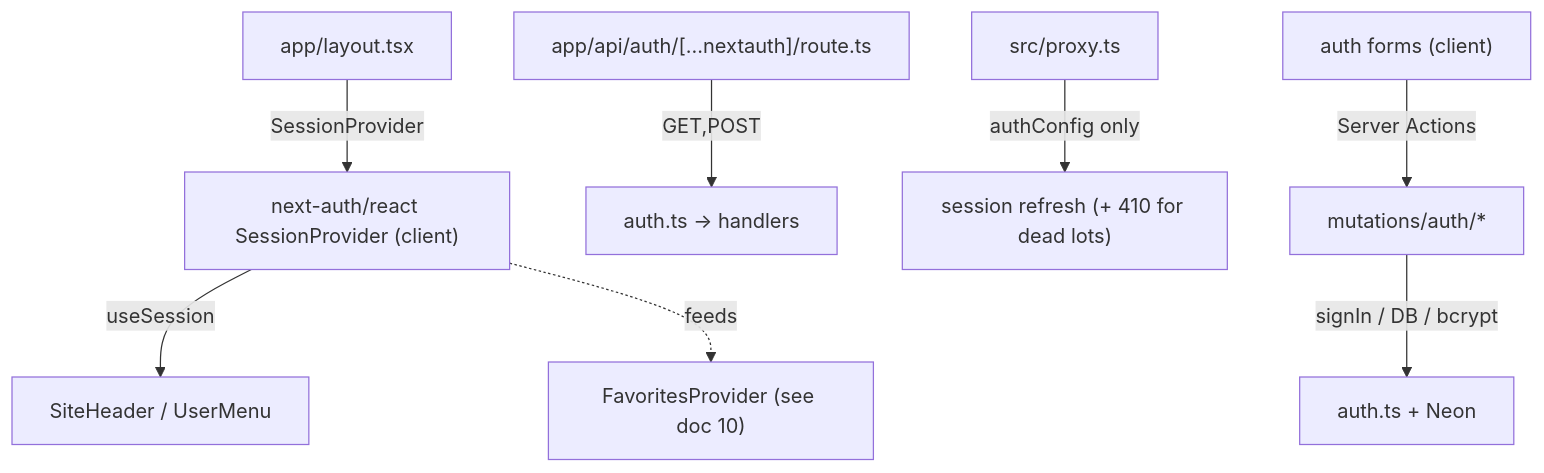
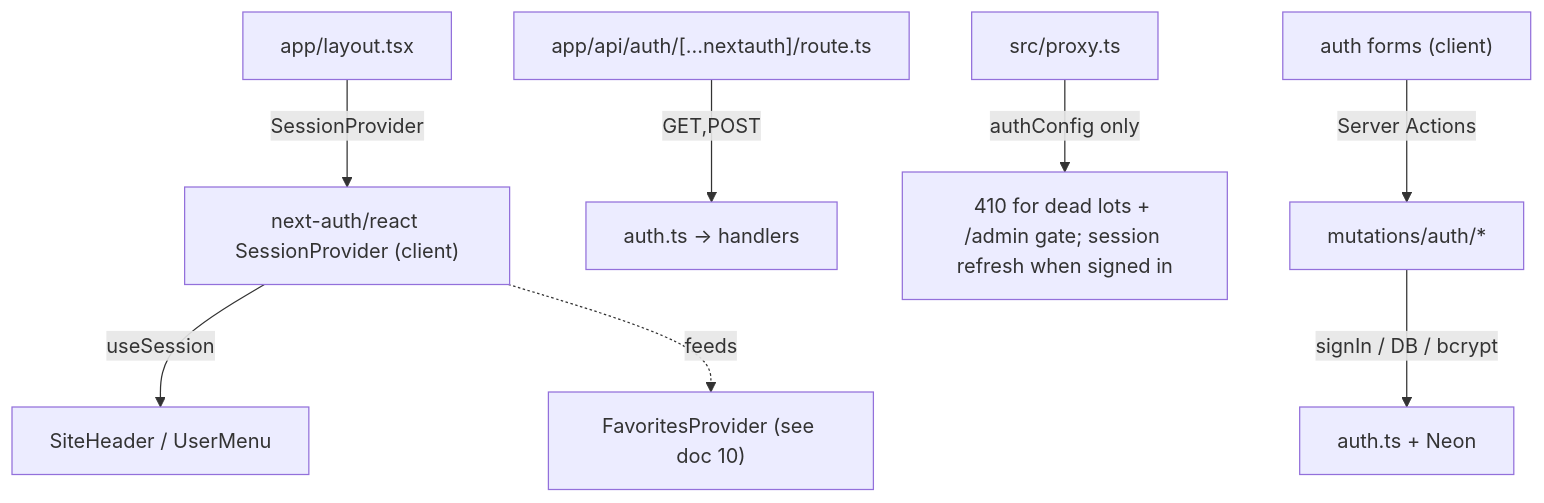
Before and after one commit to bojidaryovchev/selectauto: the diagram in docs/09-web-authentication.md, drawn with Mermaid. The commit also changed other lines of this file and 2 other files, not shown here.

````diff
--- a/docs/09-web-authentication.md
+++ b/docs/09-web-authentication.md
@@ -56,10 +56,10 @@
 ```mermaid
 flowchart TD
   layout["app/layout.tsx"] -->|SessionProvider| sp["next-auth/react SessionProvider (client)"]
   sp -->|useSession| hdr["SiteHeader / UserMenu"]
   sp -.->|feeds| fav["FavoritesProvider (see doc 10)"]
   route["app/api/auth/[...nextauth]/route.ts"] -->|GET,POST| handlers["auth.ts → handlers"]
-  proxy["src/proxy.ts"] -->|authConfig only| session["session refresh (+ 410 for dead lots)"]
+  proxy["src/proxy.ts"] -->|authConfig only| session["410 for dead lots + /admin gate; session refresh when signed in"]
   forms["auth forms (client)"] -->|Server Actions| mut["mutations/auth/*"]
   mut -->|signIn / DB / bcrypt| authts["auth.ts + Neon"]
 ```
````
